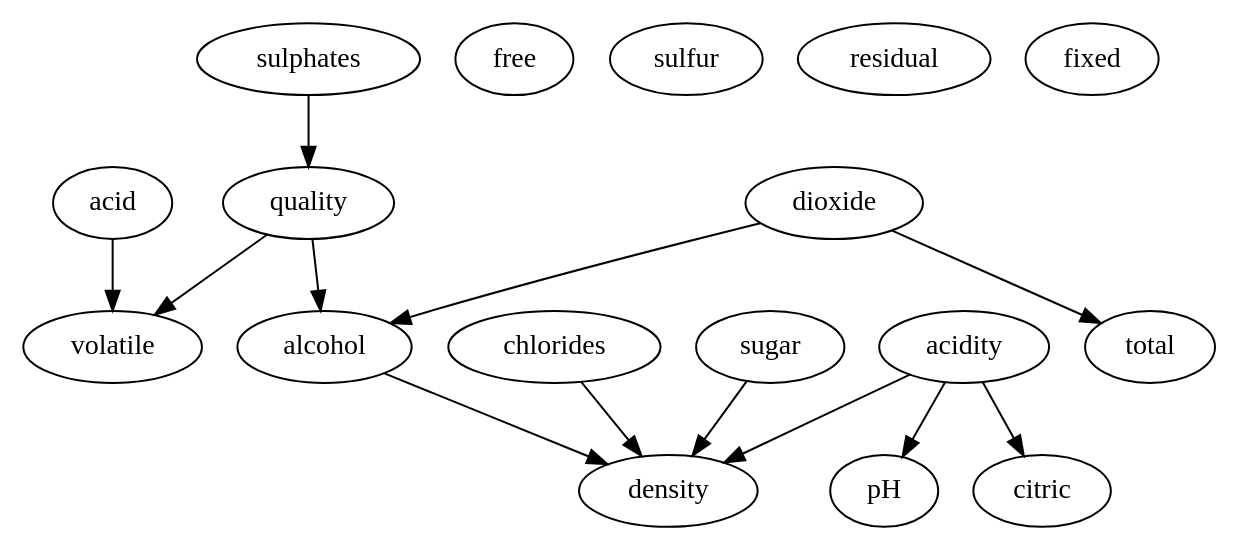
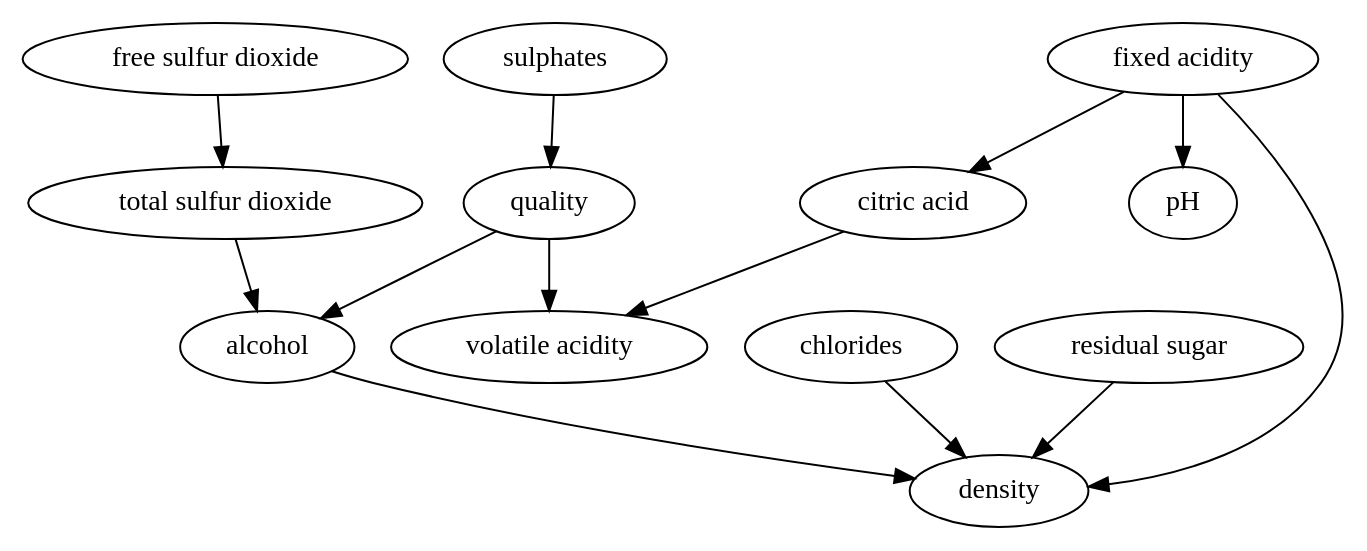
The diagram in wine/results/dag.dot (MLasserre/otagrum-experiments), drawn with Graphviz before and after one commit.

Commit message:
Adding quotes to dag.dot

```diff
--- a/wine/results/dag.dot
+++ b/wine/results/dag.dot
@@ -1,17 +1,17 @@
 digraph {
-    sulphates->quality
-    quality->volatile acidity
-    quality->alcohol
-    free sulfur dioxide->total sulfur dioxide
-    total sulfur dioxide->alcohol
-    alcohol->density
-    chlorides->density
-    residual sugar->density
-    fixed acidity->pH
-    fixed acidity->density
-    fixed acidity->citric acid
-    citric acid->volatile acidity
-    volatile acidity
-    density
-    pH
+    "sulphates"->"quality"
+    "quality"->"volatile acidity"
+    "quality"->"alcohol"
+    "free sulfur dioxide"->"total sulfur dioxide"
+    "total sulfur dioxide"->"alcohol"
+    "alcohol"->"density"
+    "chlorides"->"density"
+    "residual sugar"->"density"
+    "fixed acidity"->"pH"
+    "fixed acidity"->"density"
+    "fixed acidity"->"citric acid"
+    "citric acid"->"volatile acidity"
+    "volatile acidity"
+    "density"
+    "pH"
 }
```
